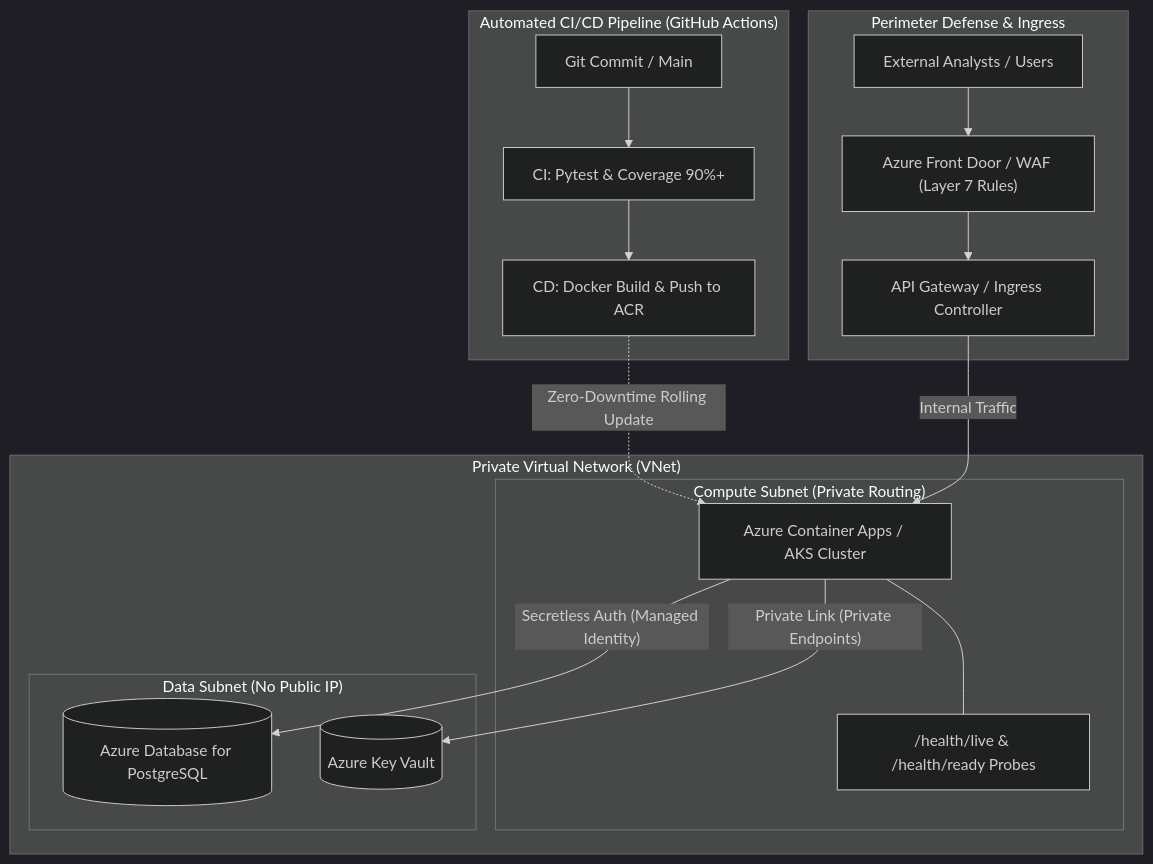
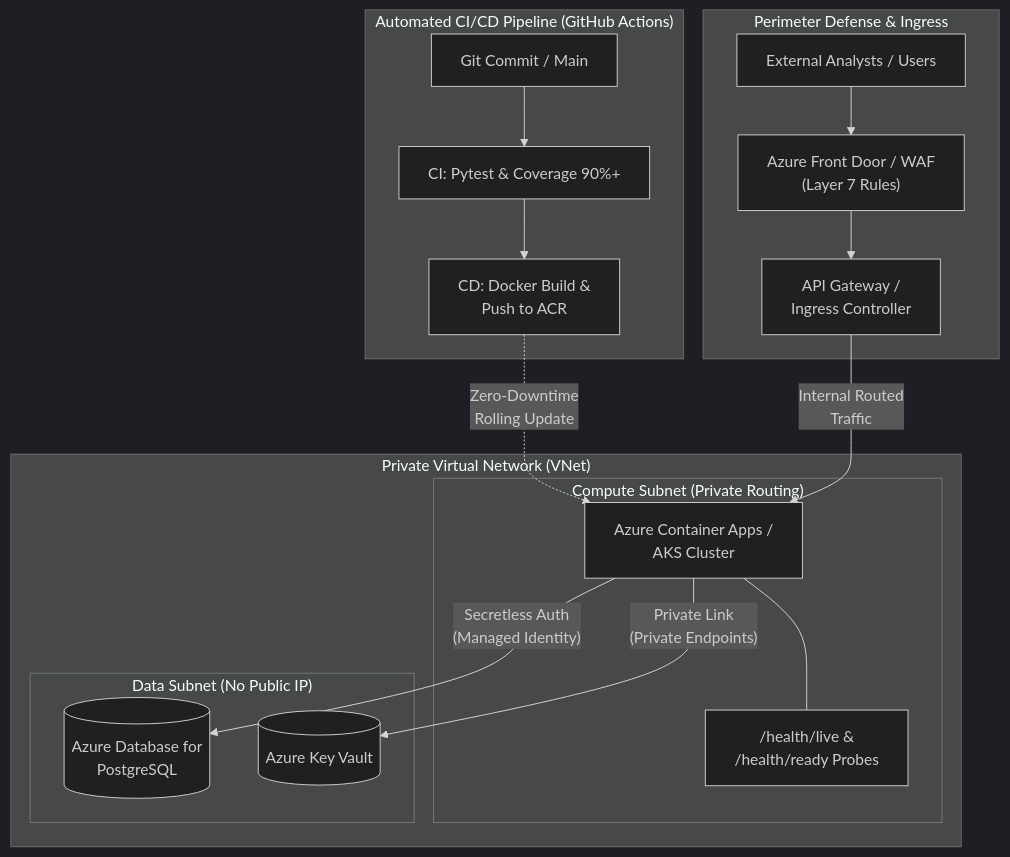
The fourth of 4 diagrams in docs/ARCHITECTURE.md (wyzdr/workforce-data-service), drawn with Mermaid (dark theme) before and after one commit. The commit also changed other lines of this file and 1 other file, not shown here.

Commit message:
Doc: fix cutout texts

````diff
--- a/docs/ARCHITECTURE.md
+++ b/docs/ARCHITECTURE.md
@@ -119,30 +120,34 @@
 ```mermaid
 flowchart TD
+    %% Automated CI/CD Pipeline
     subgraph DevOps ["Automated CI/CD Pipeline (GitHub Actions)"]
-        Git[Git Commit / Main] --> CI["CI: Pytest & Coverage 90%+"]
-        CI --> CD["CD: Docker Build & Push to ACR"]
+        Git["Git Commit / Main"] --> CI["CI: Pytest & Coverage 90%+"]
+        CI --> CD["CD: Docker Build &<br/>Push to ACR"]
     end
 
+    %% Edge Security & Ingress
     subgraph Edge ["Perimeter Defense & Ingress"]
-        Users[External Analysts / Users] --> WAF["Azure Front Door / WAF (Layer 7 Rules)"]
-        WAF --> Ingress[API Gateway / Ingress Controller]
+        Users["External Analysts / Users"] --> WAF["Azure Front Door / WAF<br/>(Layer 7 Rules)"]
+        WAF --> Ingress["API Gateway /<br/>Ingress Controller"]
     end
 
+    %% Private Virtual Network
     subgraph VNet ["Private Virtual Network (VNet)"]
         subgraph ComputeSubnet ["Compute Subnet (Private Routing)"]
-            App["Azure Container Apps / AKS Cluster"]
-            Probes["/health/live & /health/ready Probes"]
+            App["Azure Container Apps /<br/>AKS Cluster"]
+            Probes["/health/live &<br/>/health/ready Probes"]
             App --- Probes
         end
 
         subgraph DataSubnet ["Data Subnet (No Public IP)"]
-            DB[("Azure Database for PostgreSQL")]
+            DB[("Azure Database for<br/>PostgreSQL")]
             KV[("Azure Key Vault")]
         end
     end
 
-    CD -.->|"Zero-Downtime Rolling Update"| App
-    Ingress -->|"Internal Traffic"| App
-    App -->|"Secretless Auth (Managed Identity)"| DB
-    App -->|"Private Link (Private Endpoints)"| KV
+    %% Deploy & Traffic Connections
+    CD -.->|"Zero-Downtime<br/>Rolling Update"| App
+    Ingress -->|"Internal Routed<br/>Traffic"| App
+    App -->|"Secretless Auth<br/>(Managed Identity)"| DB
+    App -->|"Private Link<br/>(Private Endpoints)"| KV
 ```
````
